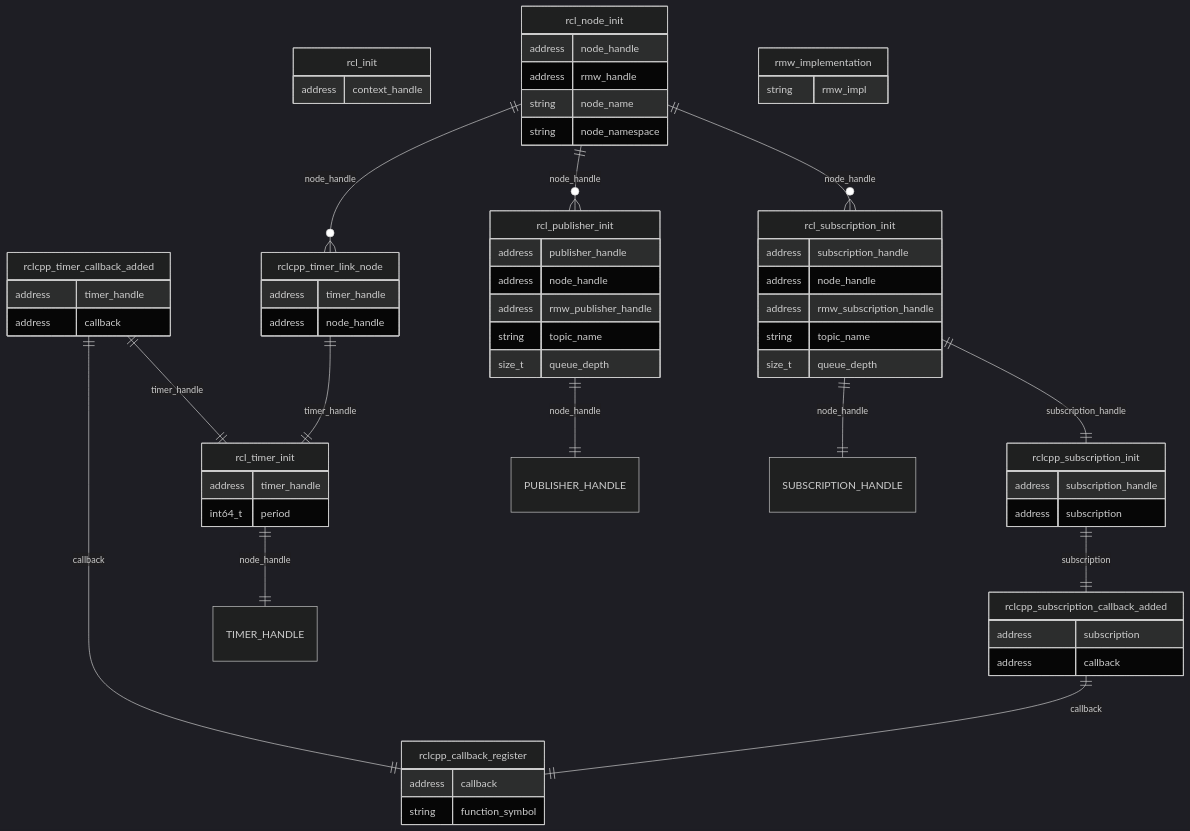
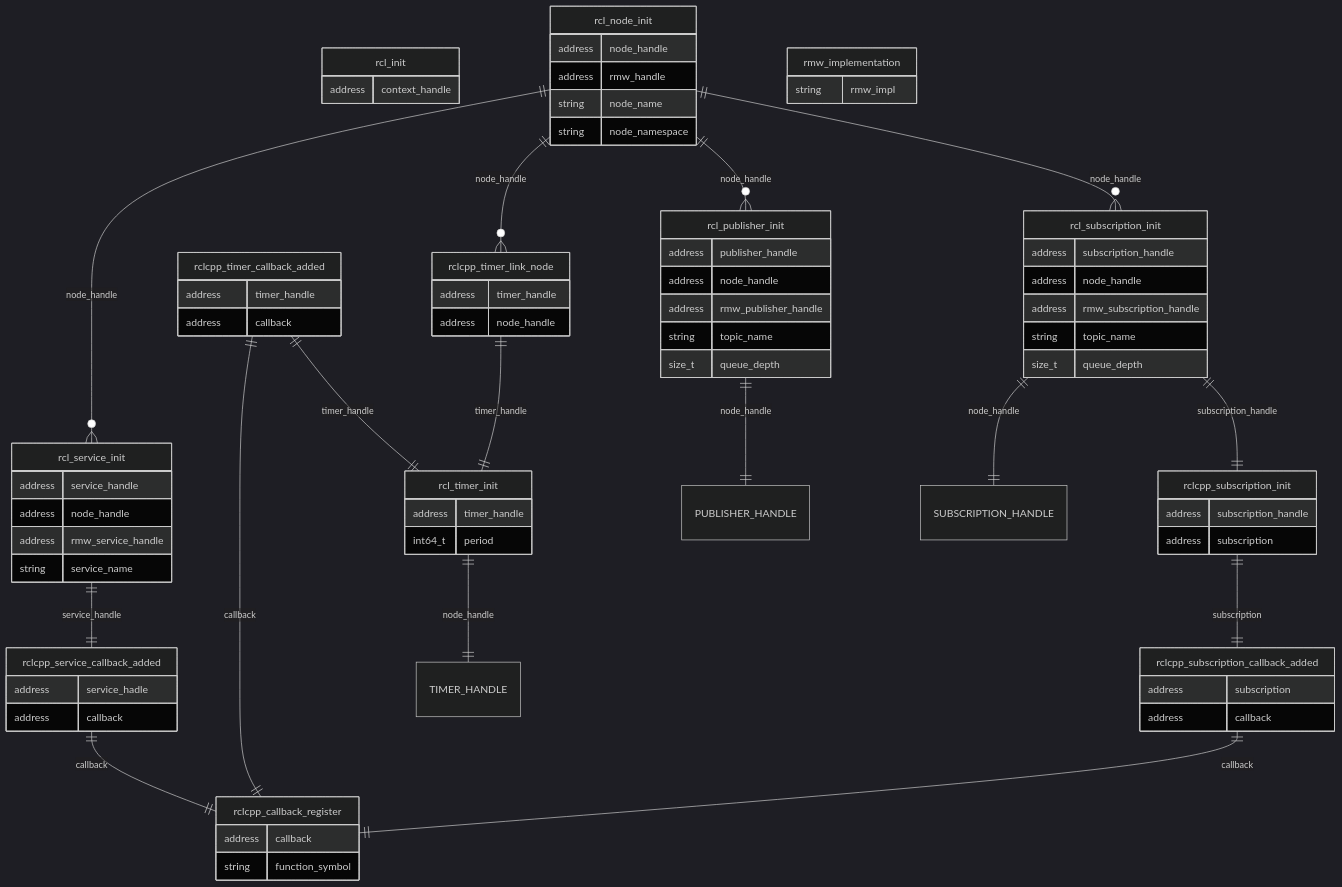
Before and after one commit to tier4/caret_doc: the first of 2 diagrams in docs/design/trace_points/initialization_trace_points.md, drawn with Mermaid (dark theme). The commit also changed other lines of this file, not shown here.

Commit message:
docs: added service trace point

```diff
--- a/docs/design/trace_points/initialization_trace_points.md
+++ b/docs/design/trace_points/initialization_trace_points.md
@@ -44,6 +44,18 @@
  address callback
  }
 
+ rcl_service_init{
+ address service_handle
+ address node_handle
+ address rmw_service_handle
+ string service_name
+ }
+
+ rclcpp_service_callback_added{
+ address service_hadle
+ address callback
+ }
+
  rcl_timer_init{
  address timer_handle
  int64_t period
@@ -70,6 +82,7 @@
 
     rcl_node_init ||--o{ rcl_publisher_init : node_handle
     rcl_node_init ||--o{ rcl_subscription_init : node_handle
+    rcl_node_init ||--o{ rcl_service_init : node_handle
     rcl_node_init ||--o{ rclcpp_timer_link_node : node_handle
 
     rcl_publisher_init ||--|| PUBLISHER_HANDLE : node_handle
@@ -77,10 +90,13 @@
     rcl_timer_init ||--|| TIMER_HANDLE : node_handle
 
     rcl_subscription_init ||--|| rclcpp_subscription_init : subscription_handle
-    rclcpp_subscription_init ||--|| rclcpp_subscription_callback_added: subscription
+    rclcpp_subscription_init ||--|| rclcpp_subscription_callback_added : subscription
 
-    rclcpp_timer_callback_added ||--|| rclcpp_callback_register: callback
-    rclcpp_subscription_callback_added ||--|| rclcpp_callback_register: callback
+    rcl_service_init ||--|| rclcpp_service_callback_added : service_handle
+    rclcpp_service_callback_added ||--|| rclcpp_callback_register : callback
+
+    rclcpp_timer_callback_added ||--|| rclcpp_callback_register : callback
+    rclcpp_subscription_callback_added ||--|| rclcpp_callback_register : callback
 
     rclcpp_timer_callback_added ||--|| rcl_timer_init : timer_handle
     rclcpp_timer_link_node ||--|| rcl_timer_init: timer_handle
```
